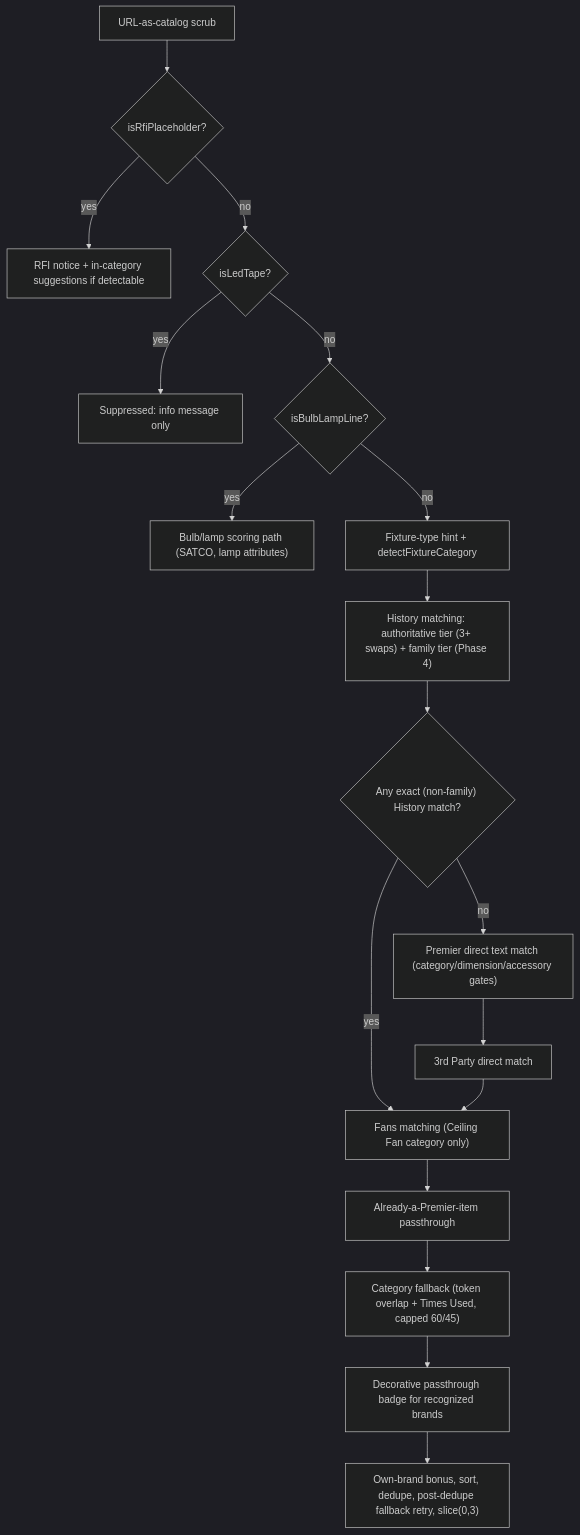
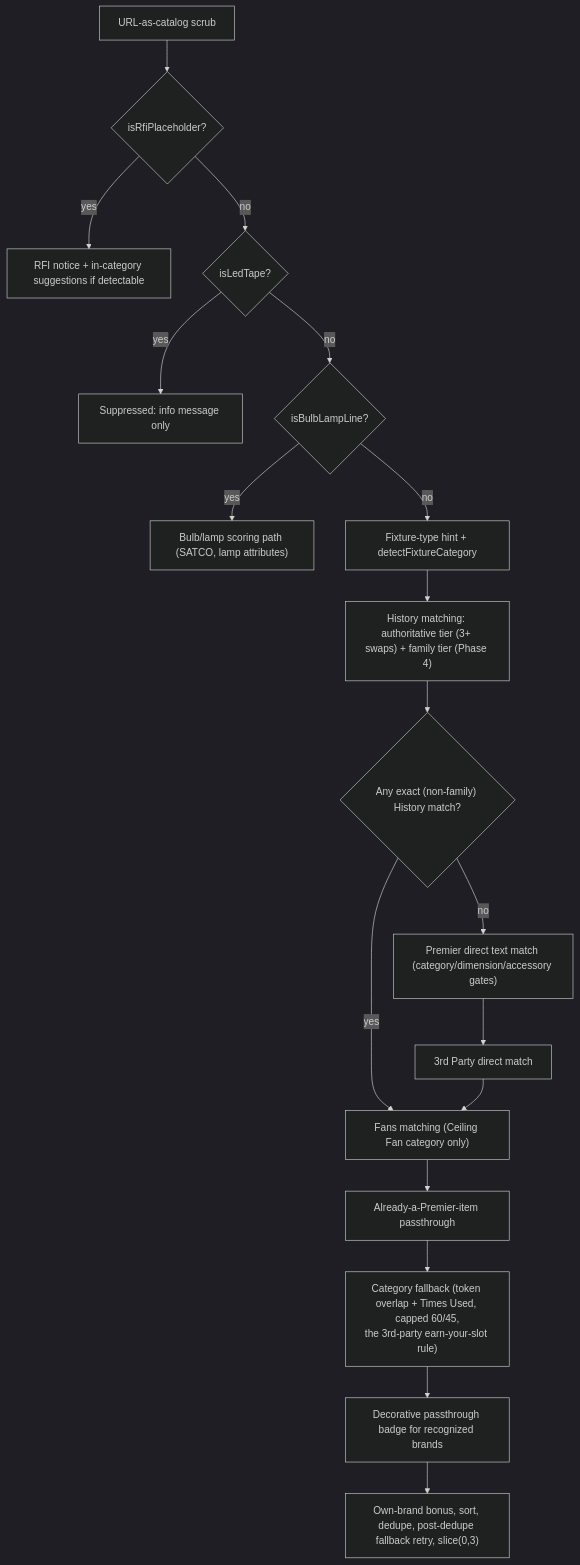
One commit to jesseww07/estimating_optimization changed the diagram in openwiki/engine/recommendation-engine.md. Above: the diagram before and after it, drawn with Mermaid (dark theme). The commit also changed other lines of this file and 23 other files, not shown here.

````diff
--- a/openwiki/engine/recommendation-engine.md
+++ b/openwiki/engine/recommendation-engine.md
@@ -39,20 +62,20 @@
 ```mermaid
 flowchart TD
     A["URL-as-catalog scrub"] --> B{"isRfiPlaceholder?"}
     B -- yes --> B1["RFI notice + in-category suggestions if detectable"]
     B -- no --> C{"isLedTape?"}
     C -- yes --> C1["Suppressed: info message only"]
     C -- no --> D{"isBulbLampLine?"}
     D -- yes --> D1["Bulb/lamp scoring path (SATCO, lamp attributes)"]
     D -- no --> E["Fixture-type hint + detectFixtureCategory"]
     E --> F["History matching: authoritative tier (3+ swaps) + family tier (Phase 4)"]
     F --> G{"Any exact (non-family) History match?"}
     G -- no --> H["Premier direct text match (category/dimension/accessory gates)"]
     G -- yes --> J
     H --> I["3rd Party direct match"]
     I --> J["Fans matching (Ceiling Fan category only)"]
     J --> K["Already-a-Premier-item passthrough"]
-    K --> L["Category fallback (token overlap + Times Used, capped 60/45)"]
+    K --> L["Category fallback (token overlap + Times Used, capped 60/45,\nthe 3rd-party earn-your-slot rule)"]
     L --> M["Decorative passthrough badge for recognized brands"]
     M --> N["Own-brand bonus, sort, dedupe, post-dedupe fallback retry, slice(0,3)"]
 ```
````
